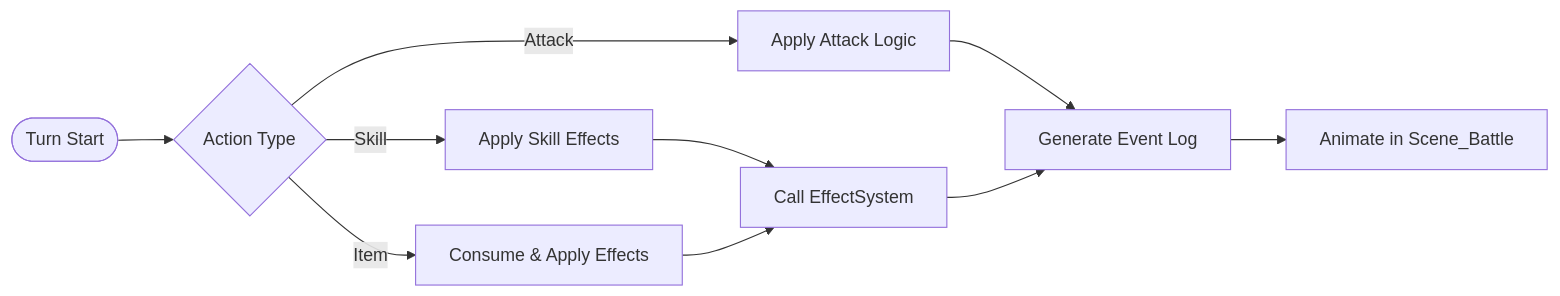
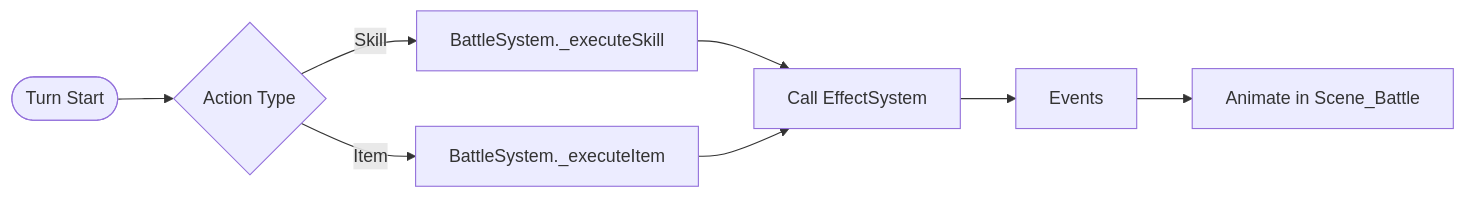
One commit to JosephSerUSP/Stillnight-Win3.1 changed the second of 2 diagrams in doc/ARCHITECTURE.md. Above: the diagram before and after it, drawn with Mermaid. The commit also changed other lines of this file and 3 other files, not shown here.

First line of the commit message:
Update documentation to reflect architectural drift

````diff
--- a/doc/ARCHITECTURE.md
+++ b/doc/ARCHITECTURE.md
@@ -155,14 +157,12 @@
 ```mermaid
 flowchart LR
     Start([Turn Start]) --> Select{Action Type}
-    Select -->|Attack| Atk[Apply Attack Logic]
-    Select -->|Skill| Skill[Apply Skill Effects]
-    Select -->|Item| Item[Consume & Apply Effects]
+    Select -->|Skill| Skill[BattleSystem._executeSkill]
+    Select -->|Item| Item[BattleSystem._executeItem]
 
-    Atk --> Events[Generate Event Log]
     Skill --> EffectSys[Call EffectSystem]
     Item --> EffectSys
 
     EffectSys --> Events
     Events --> UI[Animate in Scene_Battle]
 ```
````
